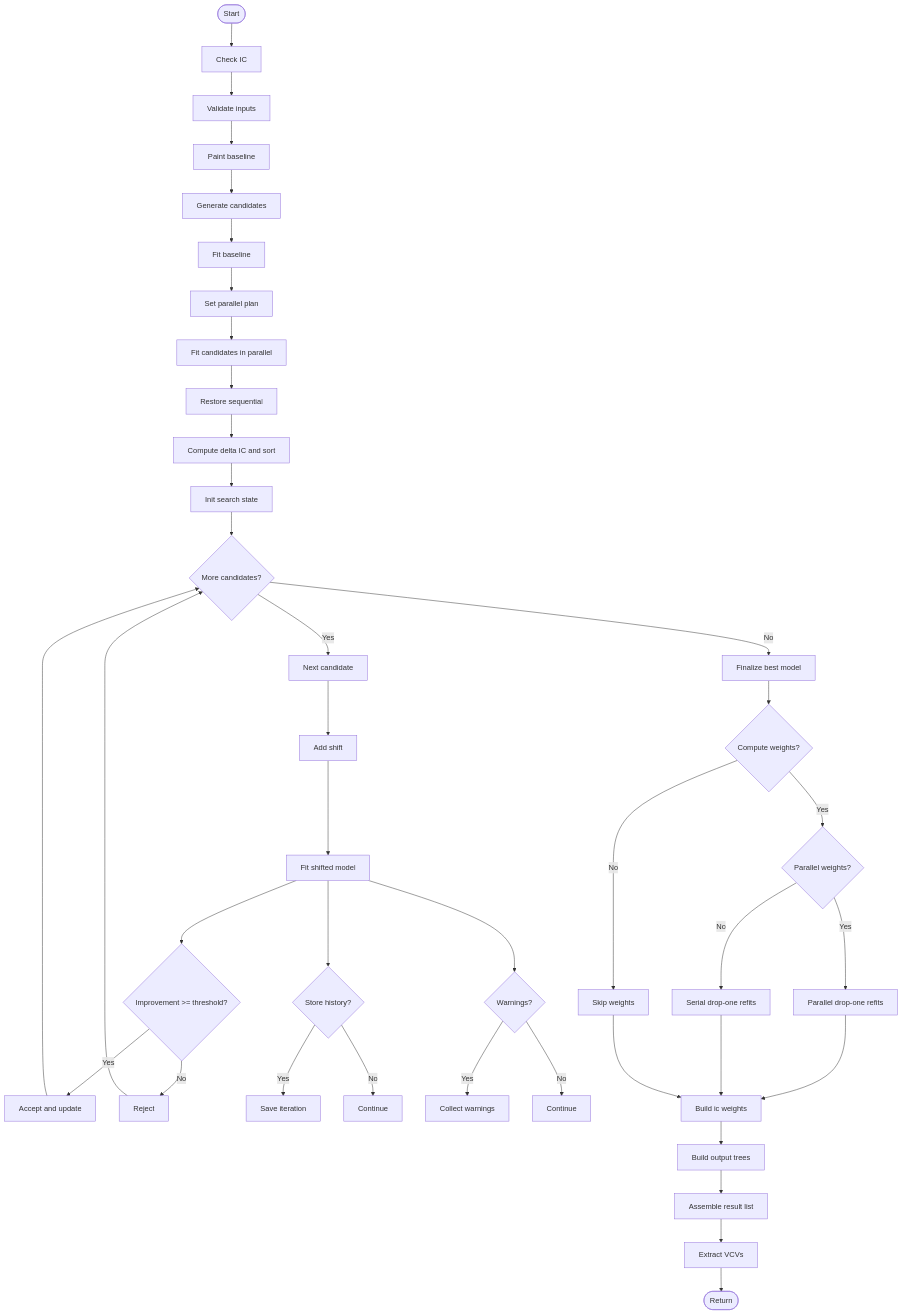
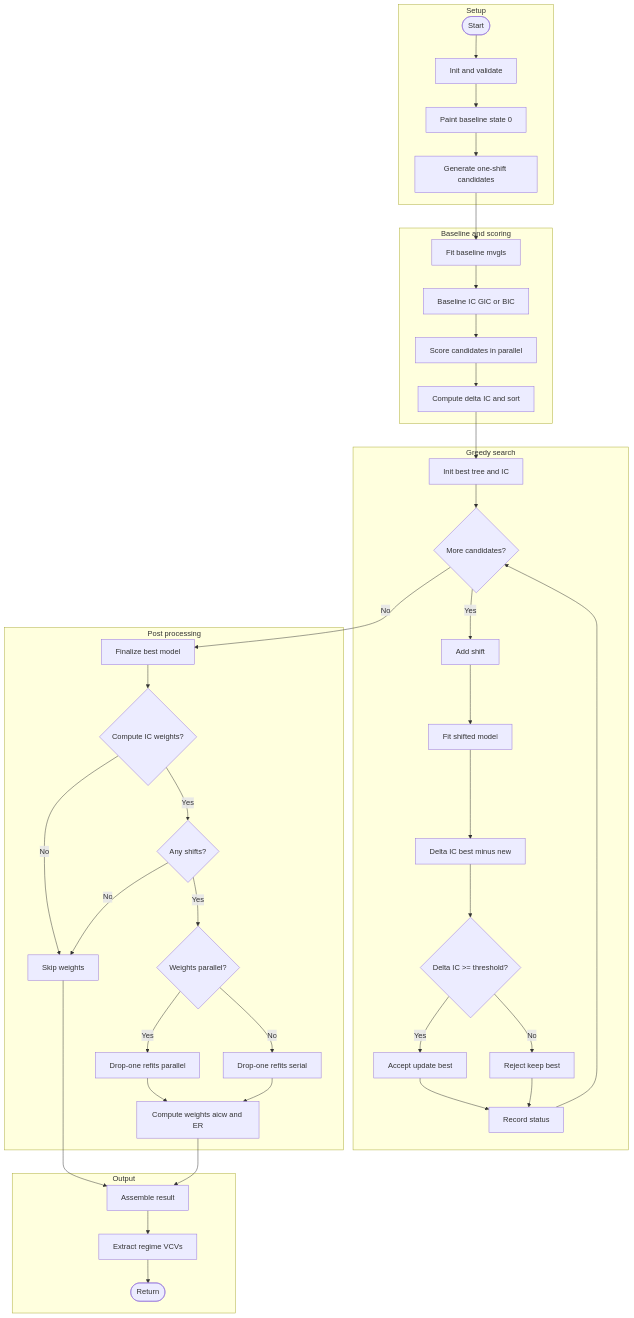
One commit to jakeberv/bifrost changed the diagram in README.md. Above: the diagram before and after it, drawn with Mermaid.

Commit message:
testing updated flowchart using mermaid code

````diff
--- a/README.md
+++ b/README.md
@@ -139,42 +139,57 @@
 ```mermaid
 flowchart TD
-A([Start])
-A --> B[Check IC]
-B --> C[Validate inputs]
-C --> D[Paint baseline]
-D --> E[Generate candidates]
-E --> F[Fit baseline]
-F --> G[Set parallel plan]
-G --> H[Fit candidates in parallel]
-H --> I[Restore sequential]
-I --> J[Compute delta IC and sort]
-J --> K[Init search state]
-K --> L{More candidates?}
-L -->|Yes| M[Next candidate]
-M --> N[Add shift]
-N --> O[Fit shifted model]
-O --> P{Improvement >= threshold?}
-P -->|Yes| Q[Accept and update]
-P -->|No| R[Reject]
-O --> S{Store history?}
-S -->|Yes| T[Save iteration]
-S -->|No| U[Continue]
-O --> V{Warnings?}
-V -->|Yes| W[Collect warnings]
-V -->|No| X[Continue]
-Q --> L
-R --> L
-L -->|No| Y[Finalize best model]
-Y --> Z{Compute weights?}
-Z -->|Yes| ZA{Parallel weights?}
-ZA -->|Yes| ZB[Parallel drop-one refits]
-ZA -->|No| ZC[Serial drop-one refits]
-Z -->|No| ZD[Skip weights]
-ZB --> ZE[Build ic weights]
-ZC --> ZE
-ZD --> ZE
-ZE --> ZF[Build output trees]
-ZF --> ZG[Assemble result list]
-ZG --> ZH[Extract VCVs]
-ZH --> ZI([Return])
+
+subgraph S[Setup]
+  A([Start]) --> B[Init and validate]
+  B --> C[Paint baseline state 0]
+  C --> D[Generate one-shift candidates]
+end
+
+subgraph CS[Baseline and scoring]
+  D --> E[Fit baseline mvgls]
+  E --> F[Baseline IC GIC or BIC]
+  F --> G[Score candidates in parallel]
+  G --> H[Compute delta IC and sort]
+end
+
+subgraph GS[Greedy search]
+  H --> I[Init best tree and IC]
+  I --> J{More candidates?}
+
+  J -- Yes --> K[Add shift]
+  K --> L[Fit shifted model]
+  L --> M[Delta IC best minus new]
+  M --> N{Delta IC >= threshold?}
+
+  N -- Yes --> O[Accept update best]
+  N -- No --> P[Reject keep best]
+
+  O --> Q[Record status]
+  P --> Q
+
+  Q --> J
+end
+
+subgraph PP[Post processing]
+  J -- No --> U[Finalize best model]
+  U --> V{Compute IC weights?}
+
+  V -- No --> V0[Skip weights]
+  V -- Yes --> W{Any shifts?}
+  W -- No --> V0
+
+  W -- Yes --> X{Weights parallel?}
+  X -- Yes --> X1[Drop-one refits parallel]
+  X -- No --> X2[Drop-one refits serial]
+
+  X1 --> Y[Compute weights aicw and ER]
+  X2 --> Y
+end
+
+subgraph OUT[Output]
+  V0 --> Z[Assemble result]
+  Y --> Z
+  Z --> ZA[Extract regime VCVs]
+  ZA --> ZB([Return])
+end
 ```
````
